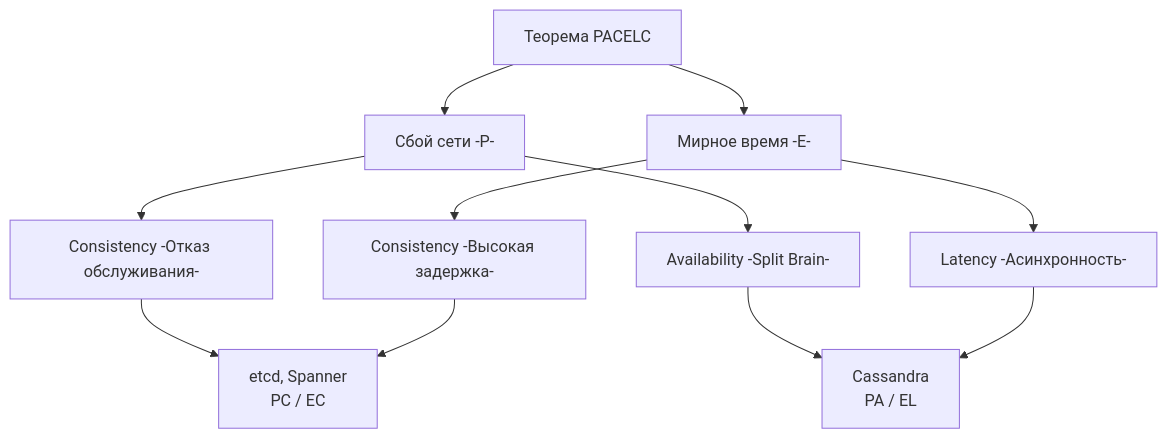
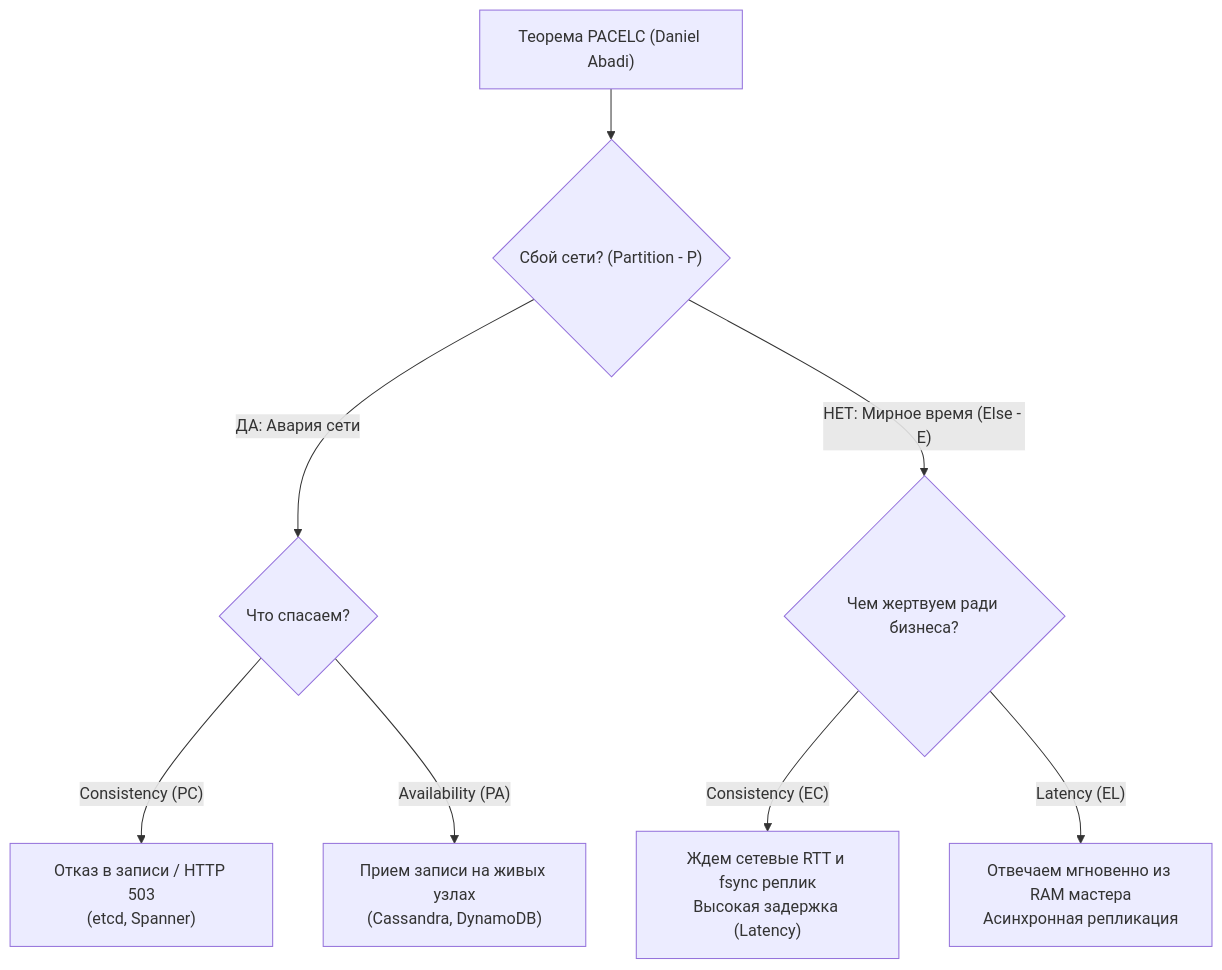
Before and after one commit to UnrealTemplier/go-textbook: the first of 3 diagrams in sources/14. Распределенные системы на Go/01. Основы/8. PACELC.md, drawn with Mermaid. The commit also changed other lines of this file, not shown here.

Commit message:
feat(module-14): editorial rewrite of lecture 8 (PACELC) in Subsection 1 in Kernighan style

````diff
--- a/sources/14. Распределенные системы на Go/01. Основы/8. PACELC.md
+++ b/sources/14. Распределенные системы на Go/01. Основы/8. PACELC.md
@@ -59,17 +33,12 @@
 ```mermaid
 flowchart TD
-    PACELC["Теорема PACELC"] --> P["Сбой сети -P-"]
-    PACELC --> E["Мирное время -E-"]
+    PACELC["Теорема PACELC (Daniel Abadi)"] --> P{"Сбой сети? (Partition - P)"}
     
-    P --> PC["Consistency -Отказ обслуживания-"]
-    P --> PA["Availability -Split Brain-"]
+    P -- "ДА: Авария сети" --> PC_PA{"Что спасаем?"}
+    PC_PA -->|"Consistency (PC)"| ResPC["Отказ в записи / HTTP 503<br>(etcd, Spanner)"]
+    PC_PA -->|"Availability (PA)"| ResPA["Прием записи на живых узлах<br>(Cassandra, DynamoDB)"]
     
-    E --> EC["Consistency -Высокая задержка-"]
-    E --> EL["Latency -Асинхронность-"]
-    
-    PC --> etcd["etcd, Spanner <br>PC / EC"]
-    PA --> Cass["Cassandra <br>PA / EL"]
-    
-    EC --> etcd
-    EL --> Cass
+    P -- "НЕТ: Мирное время (Else - E)" --> EC_EL{"Чем жертвуем ради бизнеса?"}
+    EC_EL -->|"Consistency (EC)"| ResEC["Ждем сетевые RTT и fsync реплик<br>Высокая задержка (Latency)"]
+    EC_EL -->|"Latency (EL)"| ResEL["Отвечаем мгновенно из RAM мастера<br>Асинхронная репликация"]
 ```
````
